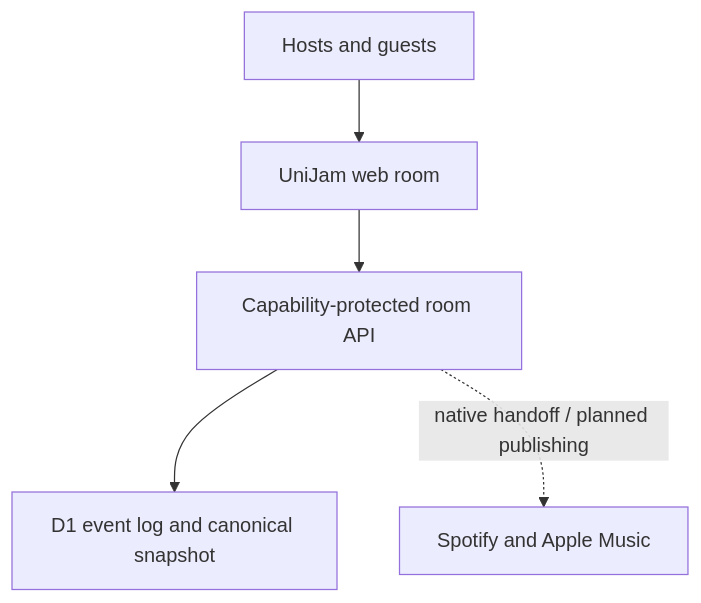
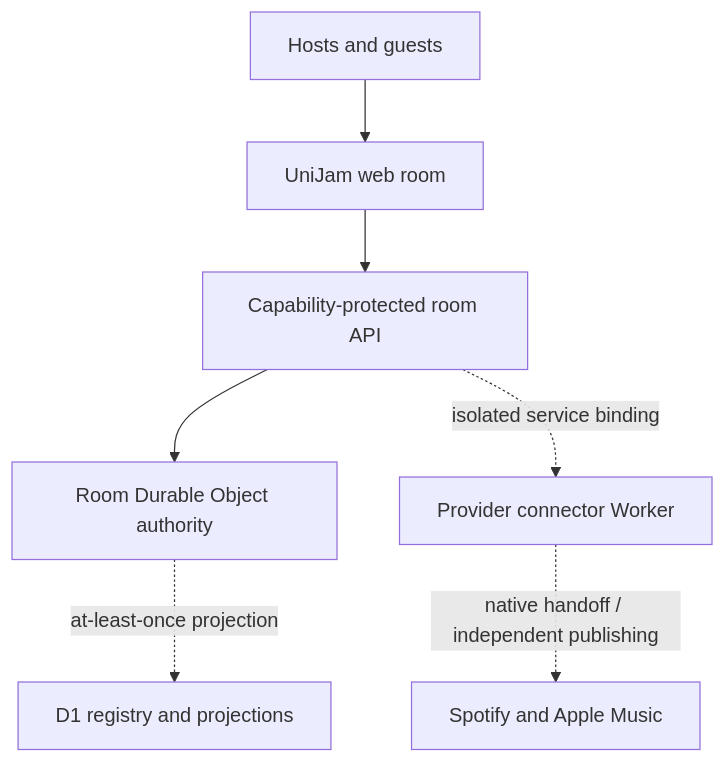
The diagram in README.md (masonwyatt23/unijam), drawn with Mermaid before and after one commit. The commit also changed other lines of this file and 151 other files, not shown here.

````diff
--- a/README.md
+++ b/README.md
@@ -49,7 +59,9 @@
 ```mermaid
 flowchart TD
     People["Hosts and guests"] --> Room["UniJam web room"]
     Room --> API["Capability-protected room API"]
-    API --> State["D1 event log and canonical snapshot"]
-    API -. "native handoff / planned publishing" .-> Providers["Spotify and Apple Music"]
+    API --> State["Room Durable Object authority"]
+    State -. "at-least-once projection" .-> D1["D1 registry and projections"]
+    API -. "isolated service binding" .-> Connectors["Provider connector Worker"]
+    Connectors -. "native handoff / independent publishing" .-> Providers["Spotify and Apple Music"]
 ```
````
